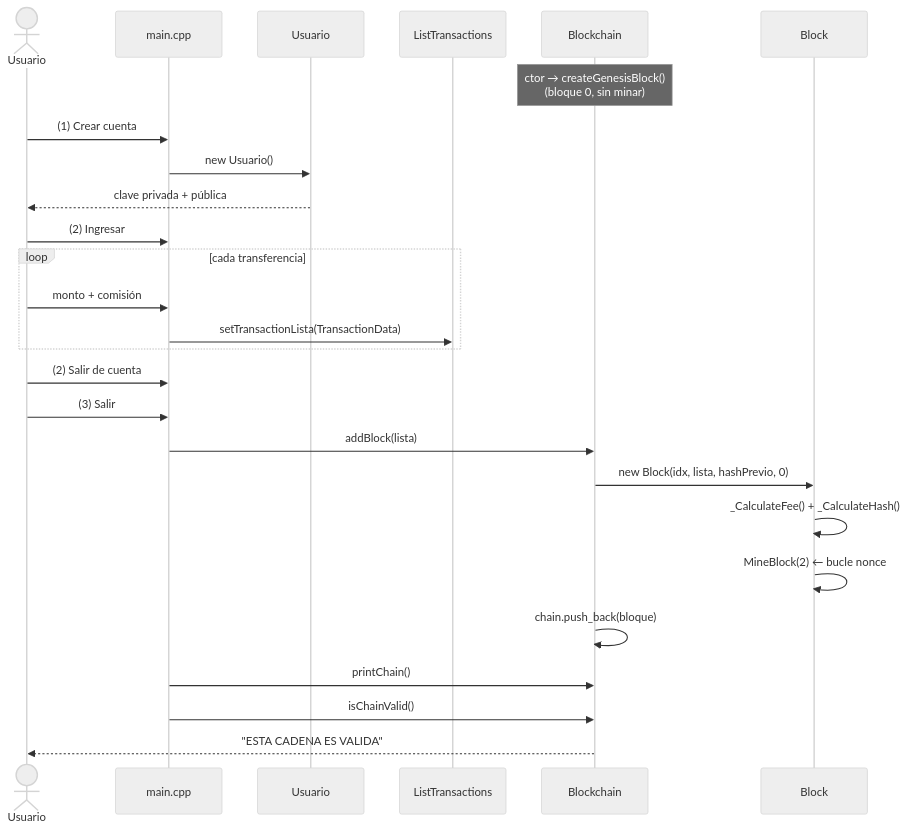
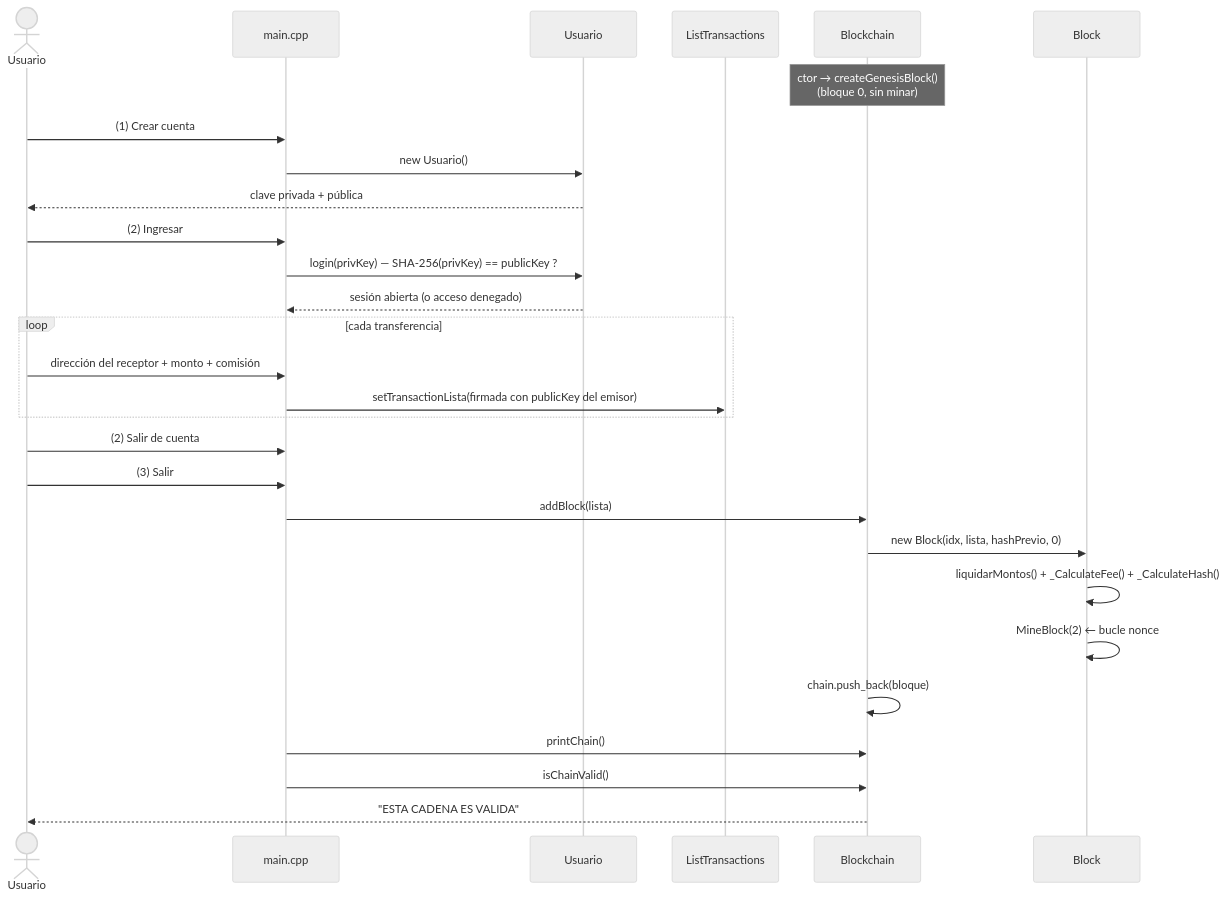
The fifth of 6 diagrams in docs/ARCHITECTURE.md (XGGMasterX/blockchain), drawn with Mermaid (neutral theme) before and after one commit. The commit also changed other lines of this file and 1 other file, not shown here.

First line of the commit message:
docs: documentar sesion por clave privada, balances, hash portable y suite de tests

````diff
--- a/docs/ARCHITECTURE.md
+++ b/docs/ARCHITECTURE.md
@@ -300,31 +322,33 @@
 ```mermaid
 sequenceDiagram
     actor U as Usuario
     participant Main as main.cpp
     participant Usr as Usuario
     participant Lista as ListTransactions
     participant BC as Blockchain
     participant B as Block
 
     Note over BC: ctor → createGenesisBlock()<br/>(bloque 0, sin minar)
     U->>Main: (1) Crear cuenta
     Main->>Usr: new Usuario()
     Usr-->>U: clave privada + pública
 
     U->>Main: (2) Ingresar
+    Main->>Usr: login(privKey) — SHA-256(privKey) == publicKey ?
+    Usr-->>Main: sesión abierta (o acceso denegado)
     loop cada transferencia
-        U->>Main: monto + comisión
-        Main->>Lista: setTransactionLista(TransactionData)
+        U->>Main: dirección del receptor + monto + comisión
+        Main->>Lista: setTransactionLista(firmada con publicKey del emisor)
     end
     U->>Main: (2) Salir de cuenta
 
     U->>Main: (3) Salir
     Main->>BC: addBlock(lista)
     BC->>B: new Block(idx, lista, hashPrevio, 0)
-    B->>B: _CalculateFee() + _CalculateHash()
+    B->>B: liquidarMontos() + _CalculateFee() + _CalculateHash()
     B->>B: MineBlock(2) ← bucle nonce
     BC->>BC: chain.push_back(bloque)
     Main->>BC: printChain()
     Main->>BC: isChainValid()
     BC-->>U: "ESTA CADENA ES VALIDA"
 ```
````
